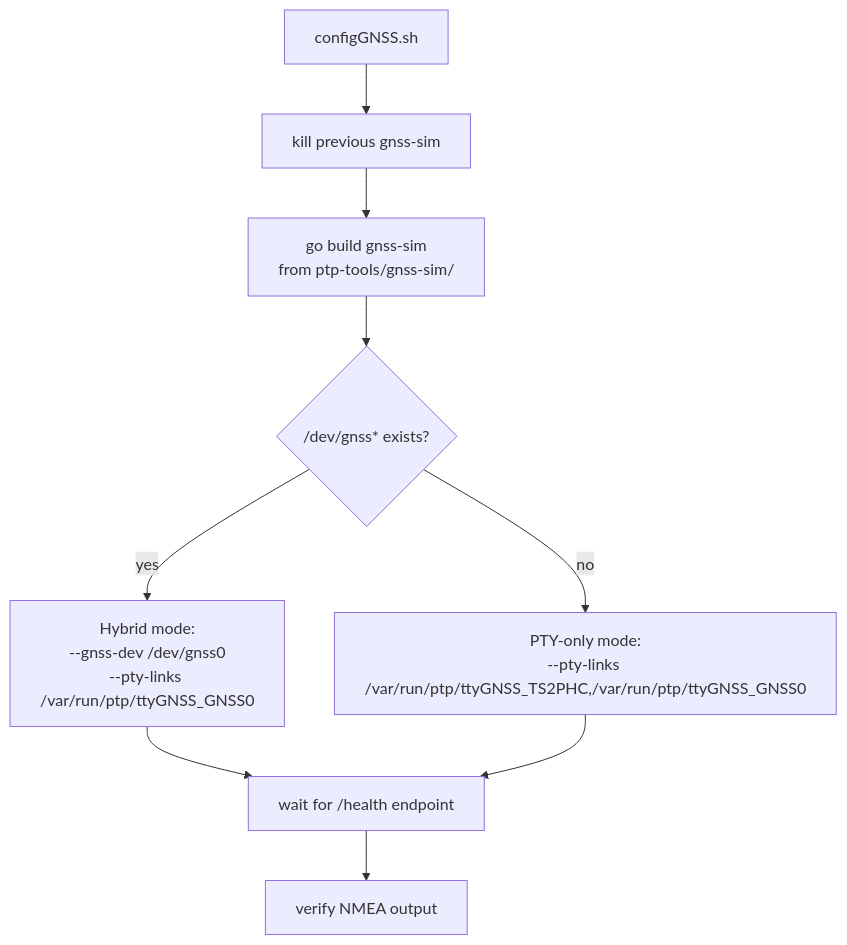
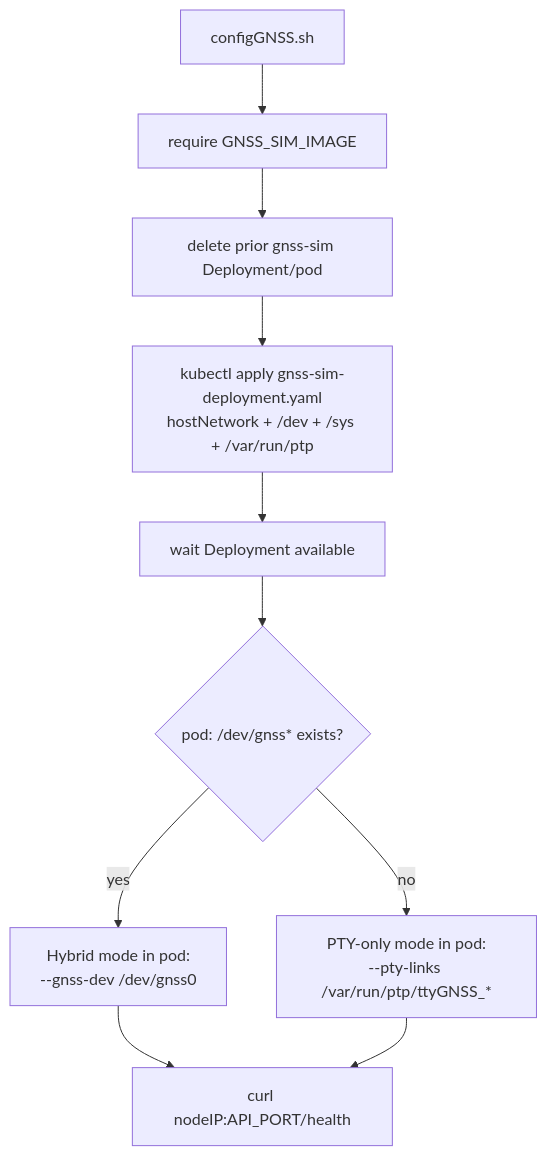
The ninth of 12 diagrams in docs/netdevsim-ptp-simulation.md (k8snetworkplumbingwg/ptp-operator), drawn with Mermaid before and after one commit. The commit also changed other lines of this file and 23 other files, not shown here.

First line of the commit message:
fix: address review comments on GNSS sim PR

````diff
--- a/docs/netdevsim-ptp-simulation.md
+++ b/docs/netdevsim-ptp-simulation.md
@@ -434,14 +434,15 @@
 ```mermaid
 flowchart TD
     start["configGNSS.sh"]
-    start --> kill["kill previous gnss-sim"]
-    kill --> build["go build gnss-sim<br/>from ptp-tools/gnss-sim/"]
-    build --> detect{"/dev/gnss* exists?"}
+    start --> require["require GNSS_SIM_IMAGE"]
+    require --> cleanup["delete prior gnss-sim Deployment/pod"]
+    cleanup --> apply["kubectl apply gnss-sim-deployment.yaml<br/>hostNetwork + /dev + /sys + /var/run/ptp"]
+    apply --> ready["wait Deployment available"]
+    ready --> detect{"pod: /dev/gnss* exists?"}
 
-    detect -->|yes| hybrid["Hybrid mode:<br/>--gnss-dev /dev/gnss0<br/>--pty-links /var/run/ptp/ttyGNSS_GNSS0"]
-    detect -->|no| pty_only["PTY-only mode:<br/>--pty-links /var/run/ptp/ttyGNSS_TS2PHC,/var/run/ptp/ttyGNSS_GNSS0"]
+    detect -->|yes| hybrid["Hybrid mode in pod:<br/>--gnss-dev /dev/gnss0"]
+    detect -->|no| pty_only["PTY-only mode in pod:<br/>--pty-links /var/run/ptp/ttyGNSS_*"]
 
-    hybrid --> health["wait for /health endpoint"]
+    hybrid --> health["curl nodeIP:API_PORT/health"]
     pty_only --> health
-    health --> verify["verify NMEA output"]
 ```
````
